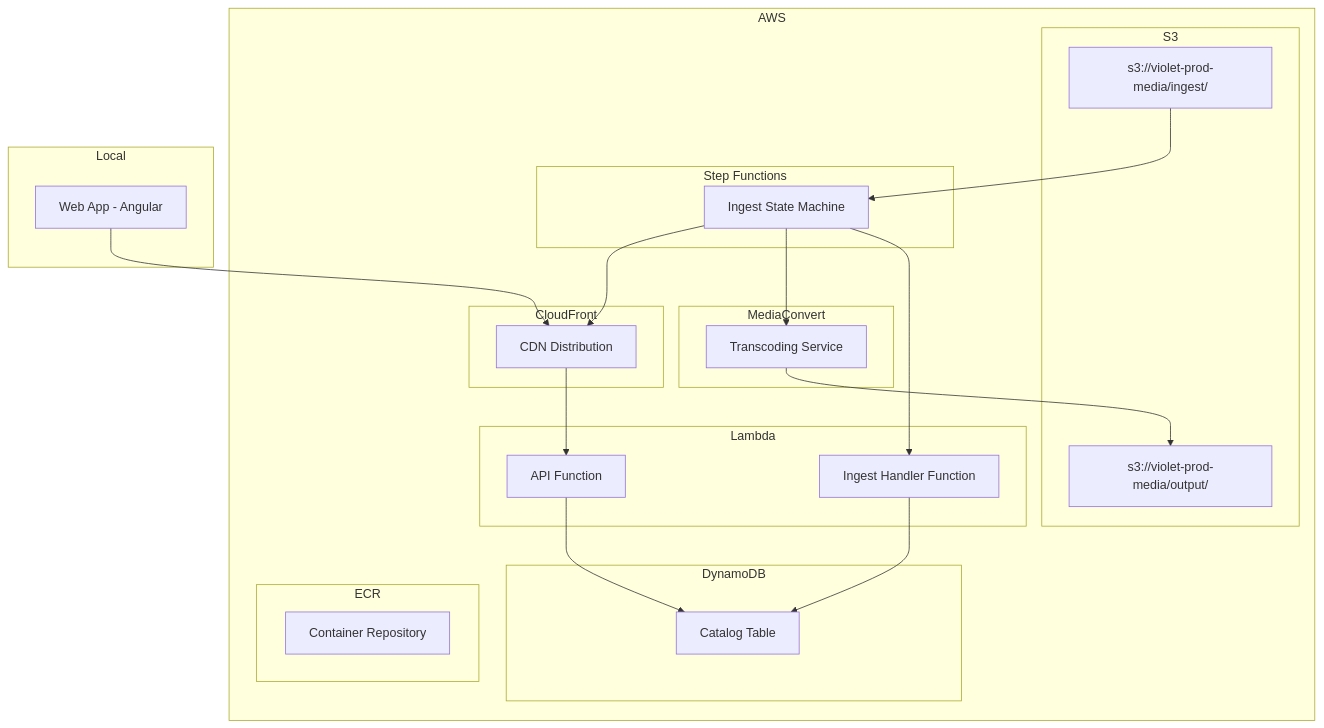
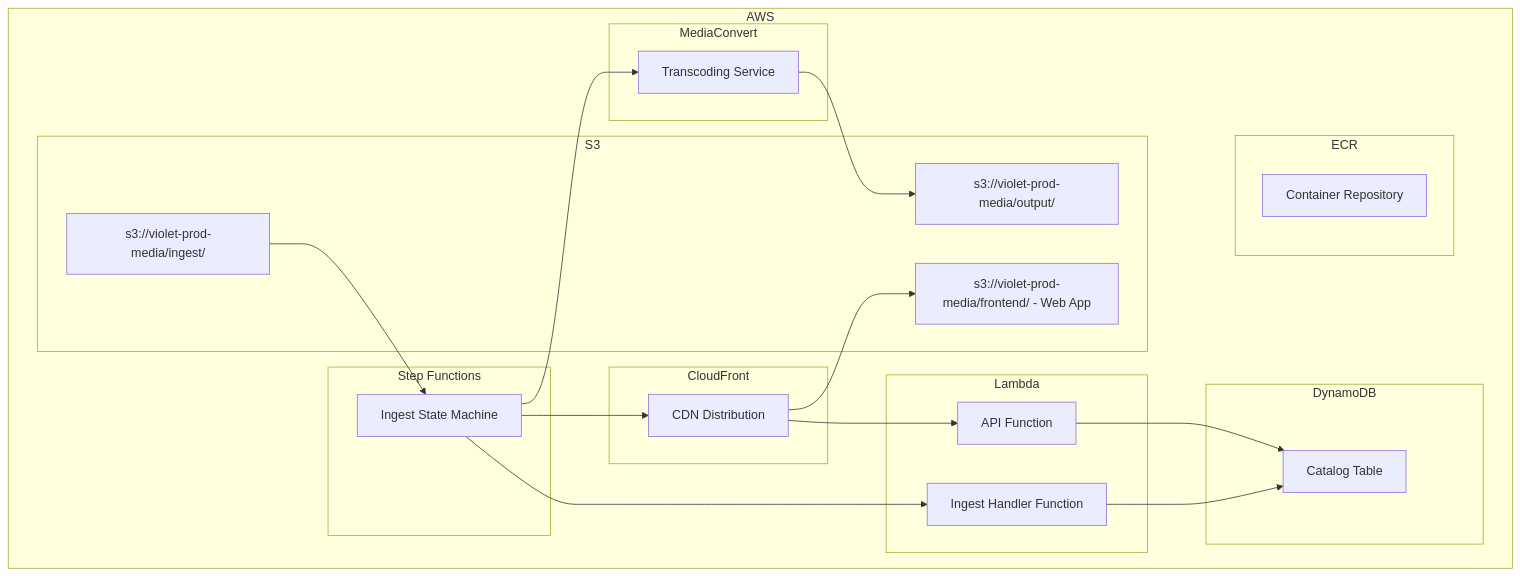
One commit to danwiltshire/violet changed the second of 2 diagrams in ARCHITECTURE.md. Above: the diagram before and after it, drawn with Mermaid. The commit also changed other lines of this file, not shown here.

Commit message:
chore: Fix diagram rendering.

````diff
--- a/ARCHITECTURE.md
+++ b/ARCHITECTURE.md
@@ -17,40 +17,38 @@
 ```mermaid
 flowchart TD
     subgraph AWS
         subgraph S3
             A[s3://violet-prod-media/ingest/]
             B[s3://violet-prod-media/output/]
+            J[s3://violet-prod-media/frontend/ - Web App]
         end
         subgraph Lambda
             C[API Function]
             D[Ingest Handler Function]
         end
         subgraph Step Functions
             E[Ingest State Machine]
         end
         subgraph MediaConvert
             F[Transcoding Service]
         end
         subgraph CloudFront
             G[CDN Distribution]
         end
         subgraph DynamoDB
             H[Catalog Table]
         end
         subgraph ECR
             I[Container Repository]
         end
     end
-    subgraph Local
-        J[Web App - Angular]
-    end
     A --> E
     E --> D
     D --> H
     E --> F
     F --> B
     E --> G
     C --> H
-    J --> G
+    G --> J
     G --> C
 ```
````
